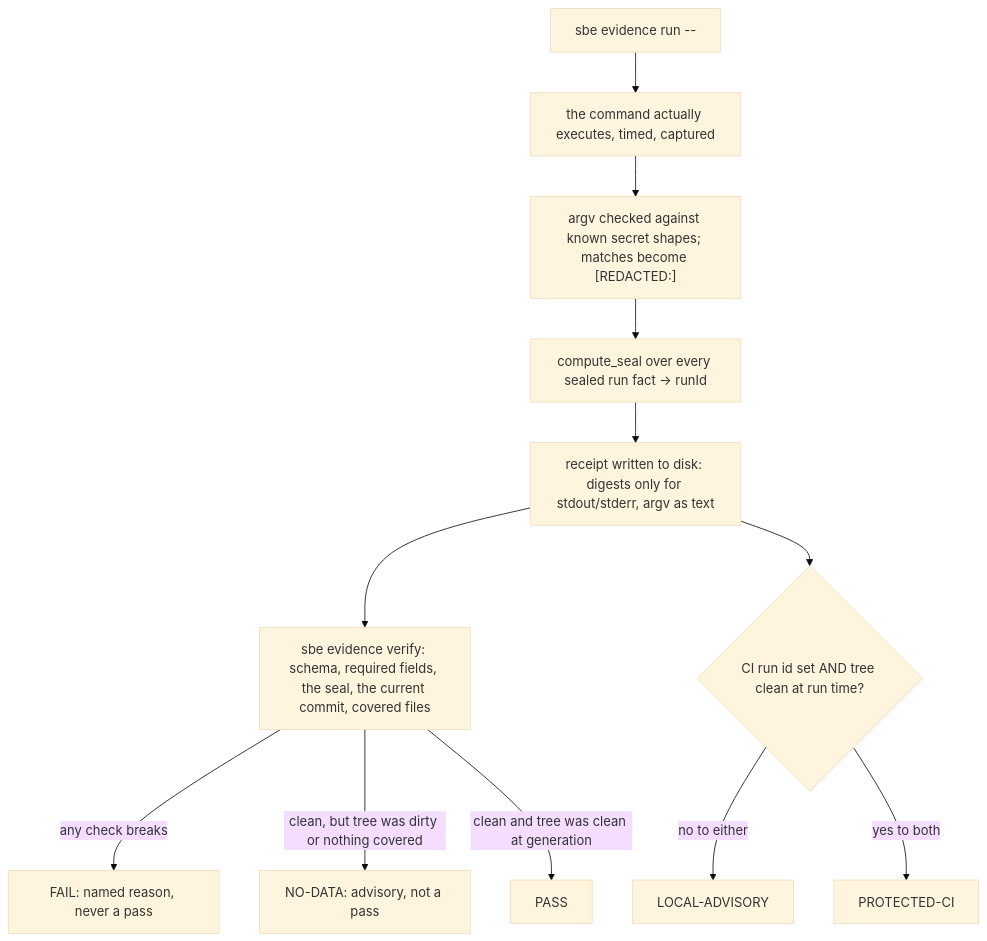
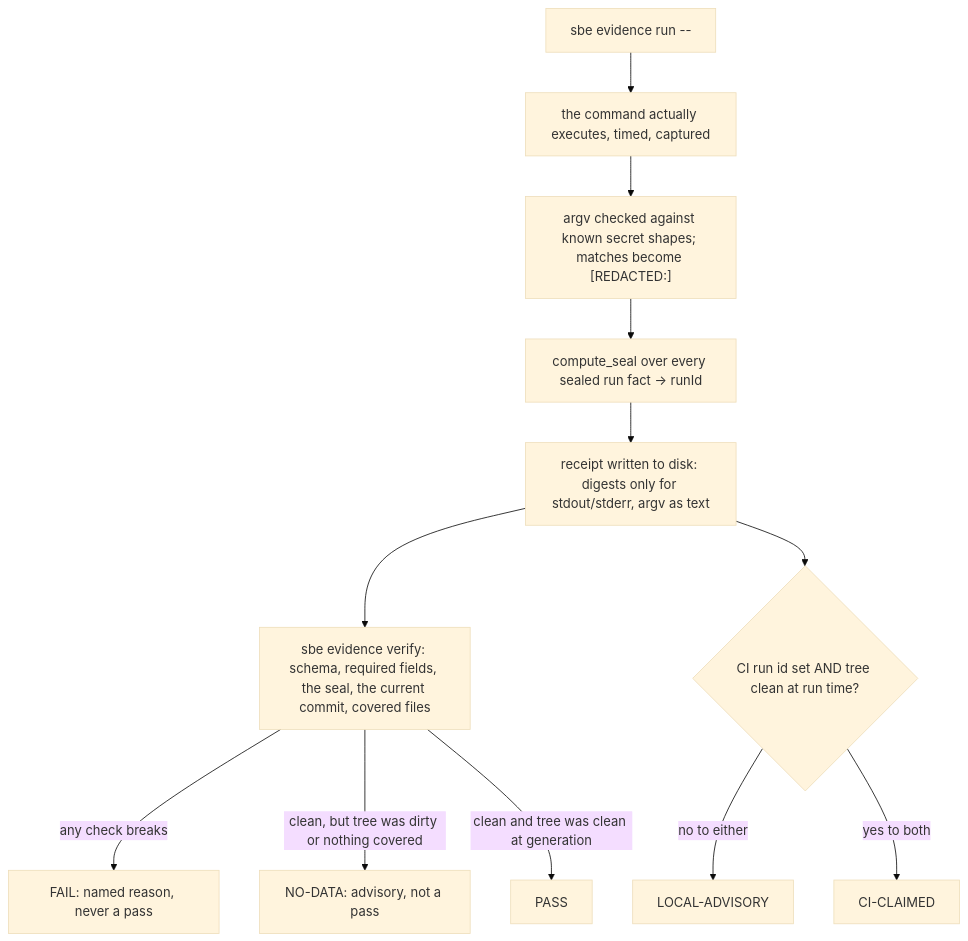
Before and after one commit to khalilmaaouni/BrotherSBE: the diagram in docs/book/06-evidence-not-vibes.md, drawn with Mermaid (base theme). The commit also changed other lines of this file and 49 other files, not shown here.

````diff
--- a/docs/book/06-evidence-not-vibes.md
+++ b/docs/book/06-evidence-not-vibes.md
@@ -192,14 +196,14 @@
 ```mermaid
 flowchart TD
   Run["sbe evidence run -- <command>"] --> Exec["the command actually executes, timed, captured"]
   Exec --> Redact["argv checked against known secret shapes; matches become [REDACTED:<shape>]"]
   Redact --> Seal["compute_seal over every sealed run fact -> runId"]
   Seal --> Receipt["receipt written to disk: digests only for stdout/stderr, argv as text"]
   Receipt --> Verify["sbe evidence verify: schema, required fields, the seal, the current commit, covered files"]
   Verify -->|any check breaks| FailV["FAIL: named reason, never a pass"]
   Verify -->|clean, but tree was dirty or nothing covered| NoData["NO-DATA: advisory, not a pass"]
   Verify -->|clean and tree was clean at generation| PassV["PASS"]
   Receipt --> Trust{CI run id set AND tree clean at run time?}
   Trust -->|no to either| LocalAdv["LOCAL-ADVISORY"]
-  Trust -->|yes to both| Protected["PROTECTED-CI"]
+  Trust -->|yes to both| Protected["CI-CLAIMED"]
 ```
````
